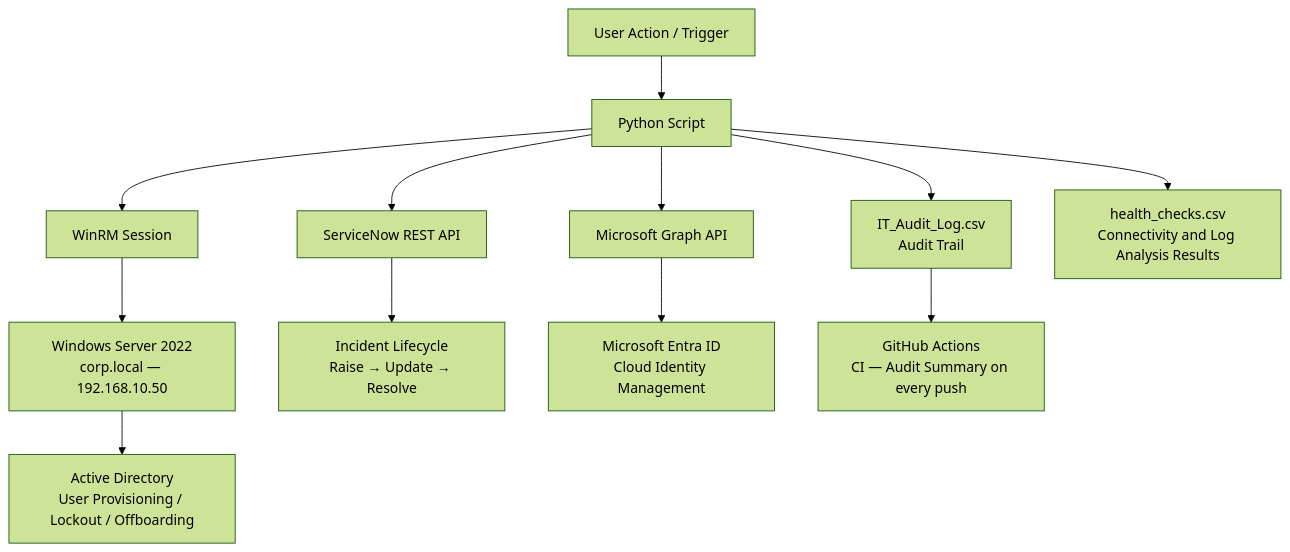
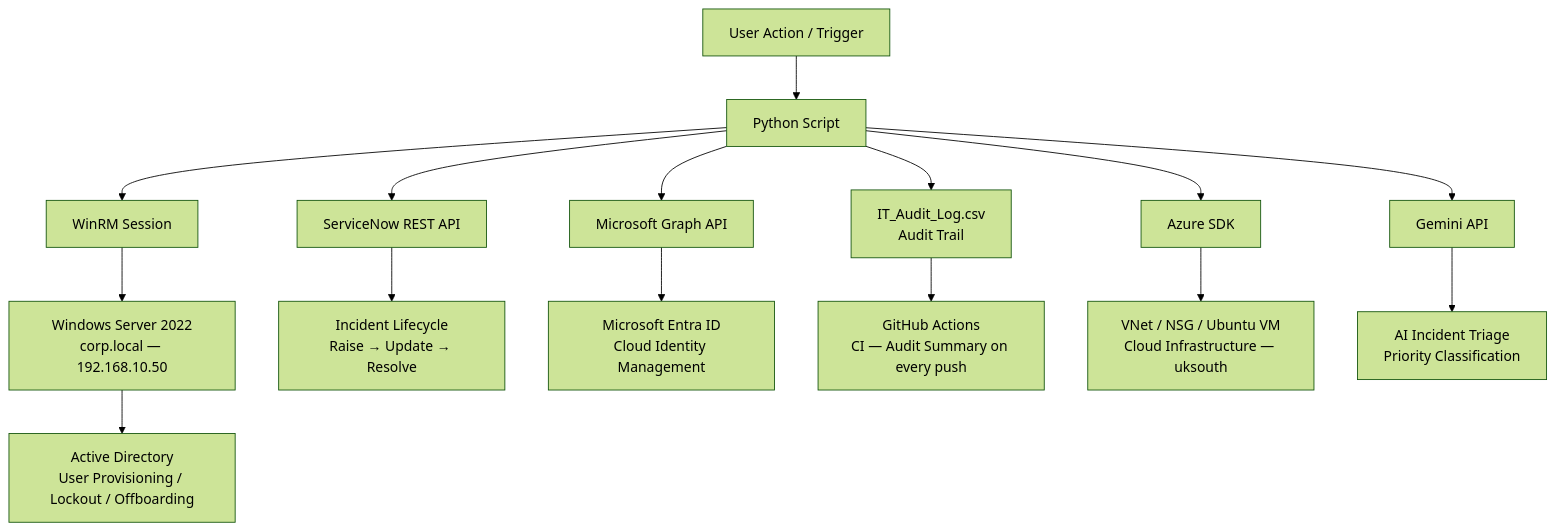
The first of 2 diagrams in README.md (Jesseee9/Enterprise-IT-Operations-and-Workflow), drawn with Mermaid (forest theme) before and after one commit. The commit also changed other lines of this file, not shown here.

````diff
--- a/README.md
+++ b/README.md
@@ -12,14 +12,17 @@
 ```mermaid
 flowchart TD
     A[User Action / Trigger] --> B[Python Script]
     B --> C[WinRM Session]
     C --> D[Windows Server 2022\ncorp.local — 192.168.10.50]
     D --> E[Active Directory\nUser Provisioning / Lockout / Offboarding]
     B --> F[ServiceNow REST API]
     F --> G[Incident Lifecycle\nRaise → Update → Resolve]
     B --> H[Microsoft Graph API]
     H --> I[Microsoft Entra ID\nCloud Identity Management]
     B --> J[IT_Audit_Log.csv\nAudit Trail]
     J --> K[GitHub Actions\nCI — Audit Summary on every push]
-    B --> L[health_checks.csv\nConnectivity and Log Analysis Results]
+    B --> L[Azure SDK]
+    L --> M[VNet / NSG / Ubuntu VM\nCloud Infrastructure — uksouth]
+    B --> N[Gemini API]
+    N --> O[AI Incident Triage\nPriority Classification]
 ```
````
